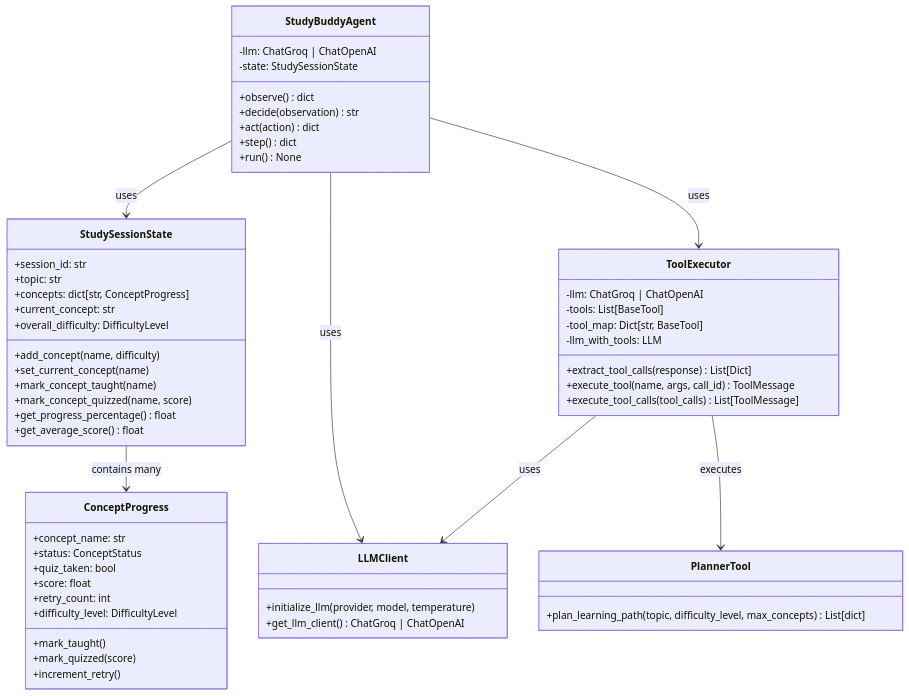
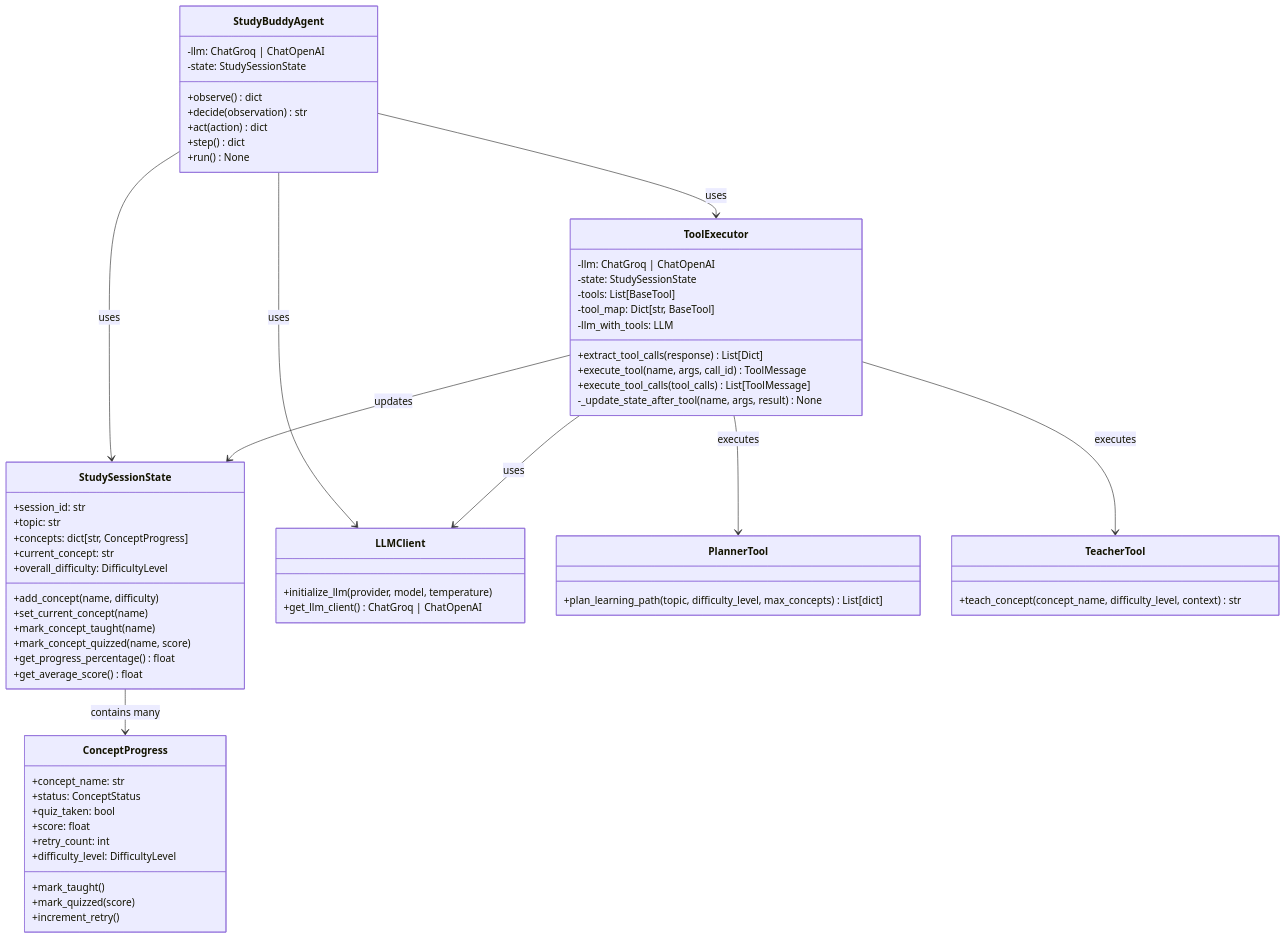
One commit to ebinzacharias/ez-agentic-study-buddy changed the second of 5 diagrams in ARCHITECTURE.md. Above: the diagram before and after it, drawn with Mermaid. The commit also changed other lines of this file and 2 other files, not shown here.

````diff
--- a/ARCHITECTURE.md
+++ b/ARCHITECTURE.md
@@ -34,64 +34,72 @@
 ```mermaid
 classDiagram
     class StudyBuddyAgent {
         -llm: ChatGroq | ChatOpenAI
         -state: StudySessionState
         +observe() dict
         +decide(observation) str
         +act(action) dict
         +step() dict
         +run() None
     }
     
     class StudySessionState {
         +session_id: str
         +topic: str
         +concepts: dict[str, ConceptProgress]
         +current_concept: str
         +overall_difficulty: DifficultyLevel
         +add_concept(name, difficulty)
         +set_current_concept(name)
         +mark_concept_taught(name)
         +mark_concept_quizzed(name, score)
         +get_progress_percentage() float
         +get_average_score() float
     }
     
     class ConceptProgress {
         +concept_name: str
         +status: ConceptStatus
         +quiz_taken: bool
         +score: float
         +retry_count: int
         +difficulty_level: DifficultyLevel
         +mark_taught()
         +mark_quizzed(score)
         +increment_retry()
     }
     
     class LLMClient {
         +initialize_llm(provider, model, temperature)
         +get_llm_client() ChatGroq | ChatOpenAI
     }
     
     class ToolExecutor {
         -llm: ChatGroq | ChatOpenAI
+        -state: StudySessionState
         -tools: List[BaseTool]
         -tool_map: Dict[str, BaseTool]
         -llm_with_tools: LLM
         +extract_tool_calls(response) List[Dict]
         +execute_tool(name, args, call_id) ToolMessage
         +execute_tool_calls(tool_calls) List[ToolMessage]
+        -_update_state_after_tool(name, args, result) None
     }
     
     class PlannerTool {
         +plan_learning_path(topic, difficulty_level, max_concepts) List[dict]
     }
     
+    class TeacherTool {
+        +teach_concept(concept_name, difficulty_level, context) str
+    }
+    
     StudyBuddyAgent --> StudySessionState : uses
     StudyBuddyAgent --> ToolExecutor : uses
     StudyBuddyAgent --> LLMClient : uses
+    ToolExecutor --> StudySessionState : updates
     ToolExecutor --> LLMClient : uses
     ToolExecutor --> PlannerTool : executes
+    ToolExecutor --> TeacherTool : executes
     StudySessionState --> ConceptProgress : contains many
 ```
````
